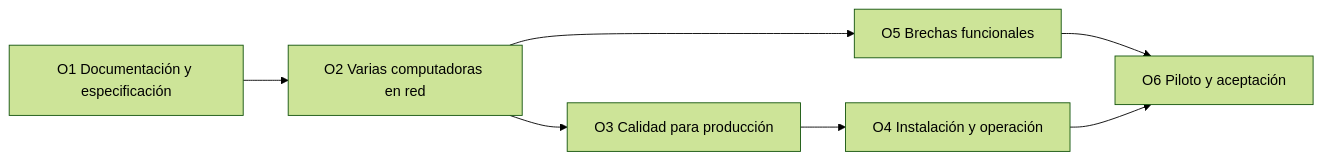
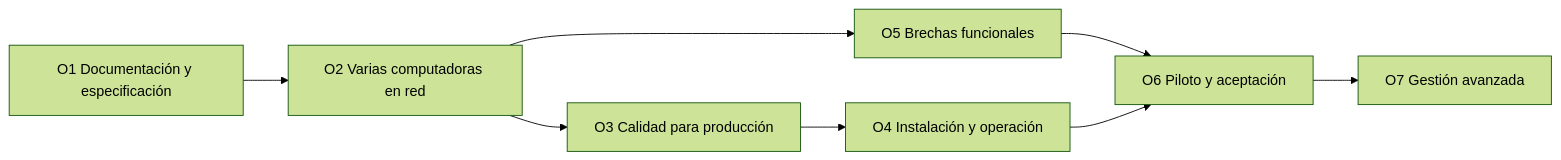
One commit to kelvinjose14/CS-SHOP changed the diagram in docs/producto/objetivos.md. Above: the diagram before and after it, drawn with Mermaid (forest theme). The commit also changed other lines of this file and 26 other files, not shown here.

````diff
--- a/docs/producto/objetivos.md
+++ b/docs/producto/objetivos.md
@@ -42,9 +43,10 @@
 ```mermaid
 flowchart LR
   O1[O1 Documentación y especificación] --> O2[O2 Varias computadoras en red]
   O2 --> O3[O3 Calidad para producción]
   O2 --> O5[O5 Brechas funcionales]
   O3 --> O4[O4 Instalación y operación]
   O5 --> O6[O6 Piloto y aceptación]
   O4 --> O6
+  O6 --> O7[O7 Gestión avanzada]
 ```
````
